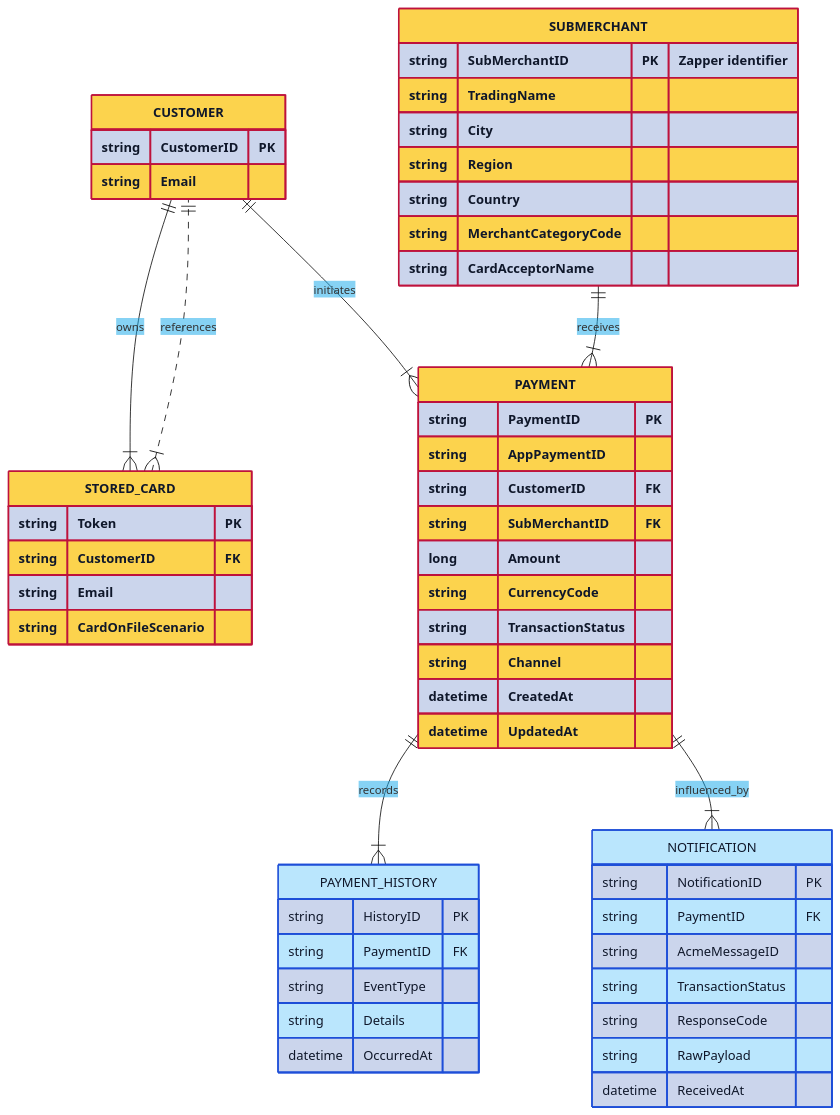
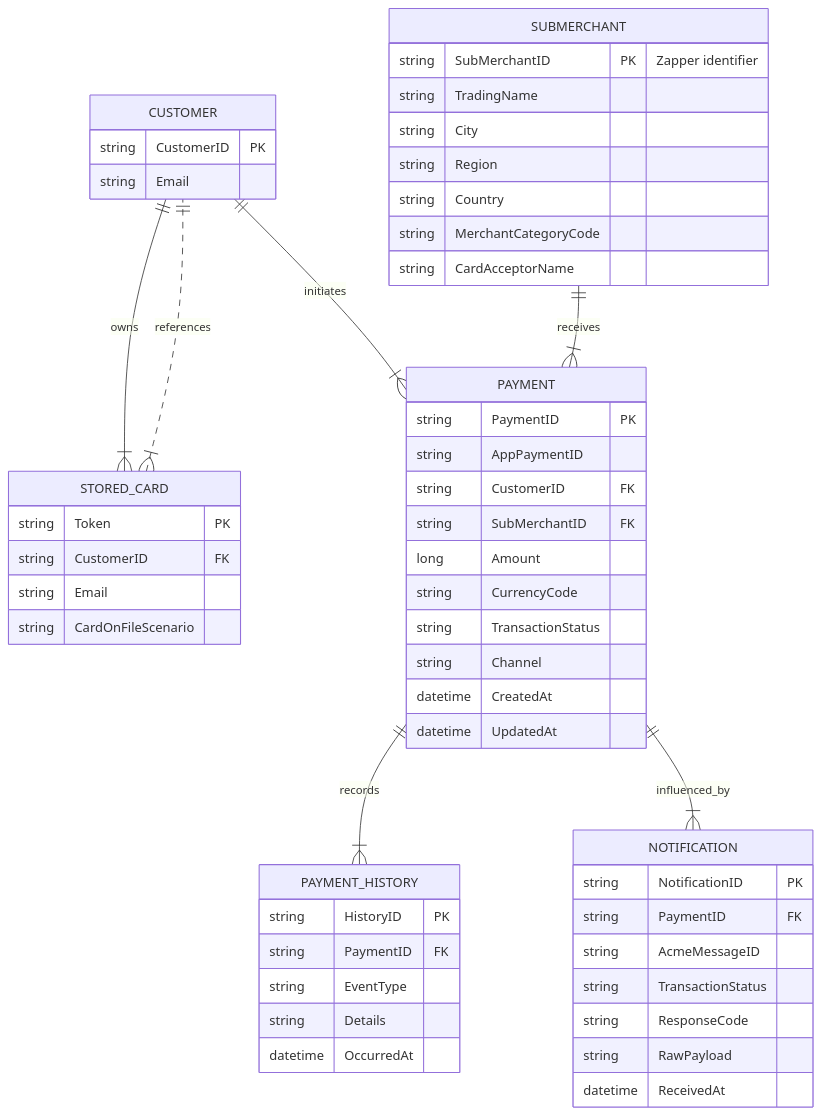
Before and after one commit to DeveloperJohn-SouthAfrica/Zapper.TeamLead.Assignment: the diagram in docs/analysis/erd.md, drawn with Mermaid. The commit also changed 10 other files, not shown here.

````diff
--- a/docs/analysis/erd.md
+++ b/docs/analysis/erd.md
@@ -3,68 +3,62 @@
 ```mermaid
-%%{init: {'theme': 'base', 'themeVariables': {'primaryColor': '#0f172a', 'secondaryColor': '#fb7185', 'tertiaryColor': '#0ea5e9', 'edgeLabelBackground': '#e0f2fe', 'nodeBorder': '#94a3b8', 'fontFamily': 'Inter, system-ui, sans-serif'}}}%%
 erDiagram
     SUBMERCHANT {
         string SubMerchantID PK "Zapper identifier"
         string TradingName
         string City
         string Region
         string Country
         string MerchantCategoryCode
         string CardAcceptorName
     }
 
     CUSTOMER {
         string CustomerID PK
         string Email
     }
 
     STORED_CARD {
         string Token PK
         string CustomerID FK
         string Email
         string CardOnFileScenario
     }
 
     PAYMENT {
         string PaymentID PK
         string AppPaymentID
         string CustomerID FK
         string SubMerchantID FK
         long Amount
         string CurrencyCode
         string TransactionStatus
         string Channel
         datetime CreatedAt
         datetime UpdatedAt
     }
 
     PAYMENT_HISTORY {
         string HistoryID PK
         string PaymentID FK
         string EventType
         string Details
         datetime OccurredAt
     }
 
     NOTIFICATION {
         string NotificationID PK
         string PaymentID FK
         string AcmeMessageID
         string TransactionStatus
         string ResponseCode
         string RawPayload
         datetime ReceivedAt
     }
 
     PAYMENT ||--|{ PAYMENT_HISTORY : records
     PAYMENT ||--|{ NOTIFICATION : influenced_by
     CUSTOMER ||--|{ STORED_CARD : owns
     CUSTOMER ||--|{ PAYMENT : initiates
     SUBMERCHANT ||--|{ PAYMENT : receives
     STORED_CARD }|..|| CUSTOMER : "references"
-    classDef entity fill: #fcd34d,stroke:#be123c,stroke-width:2px,color:#0f172a,font-weight:600;
-    classDef audit fill:#bae6fd,stroke:#1d4ed8,stroke-width:2px,color:#0f172a,font-weight:500;
-    class SUBMERCHANT,CUSTOMER,STORED_CARD entity
-    class PAYMENT entity
-    class PAYMENT_HISTORY,NOTIFICATION audit
 ```
````
